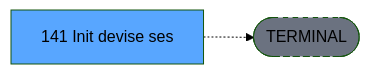
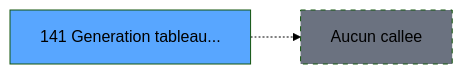
Before and after one commit to thonyAGP/magic-migration: the third of 3 diagrams in .openspec/specs/ADH-IDE-141.md, drawn with Mermaid (forest theme). The commit also changed other lines of this file and 311 other files, not shown here.

````diff
--- a/.openspec/specs/ADH-IDE-141.md
+++ b/.openspec/specs/ADH-IDE-141.md
@@ -142,8 +305,8 @@
 ```mermaid
 graph LR
-    T[141 Init devise ses]
-    TERM([TERMINAL])
-    T -.-> TERM
-    style TERM fill:#6b7280,stroke-dasharray: 5 5
-    style T fill:#58a6ff,color:#000
+    T141[141 Generation tableau...]
+    style T141 fill:#58a6ff
+    NONE[Aucun callee]
+    T141 -.-> NONE
+    style NONE fill:#6b7280,stroke-dasharray: 5 5
 ```
````
